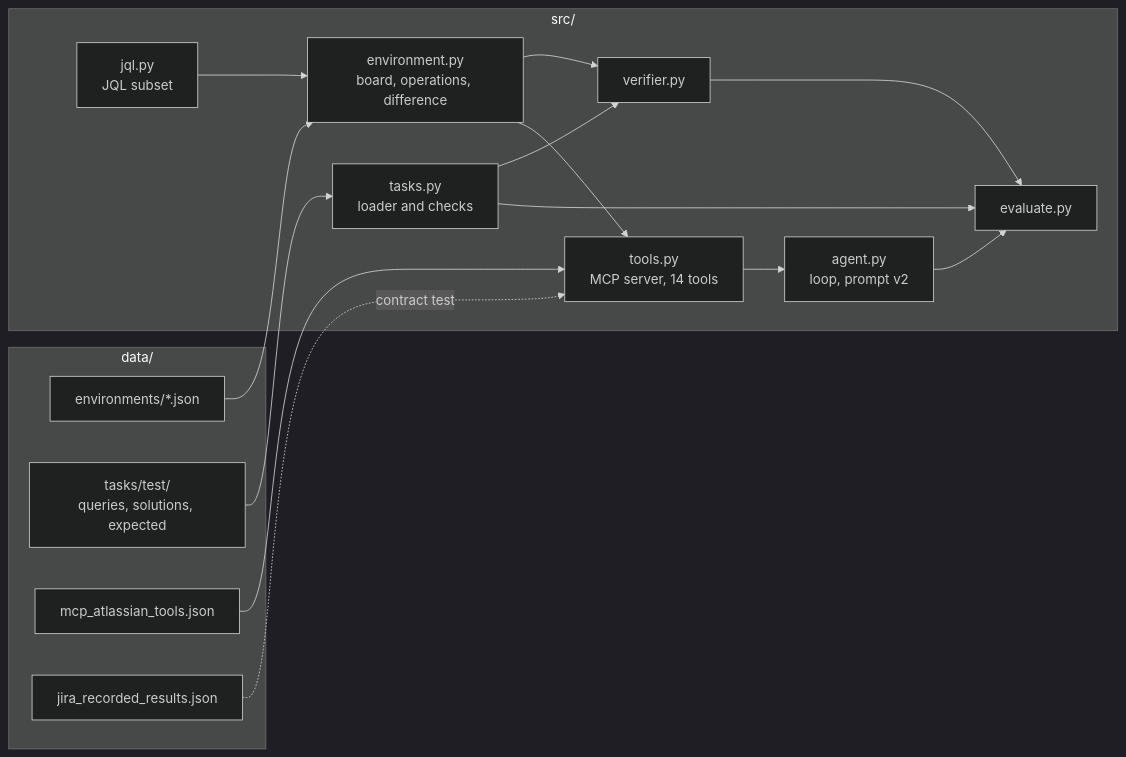
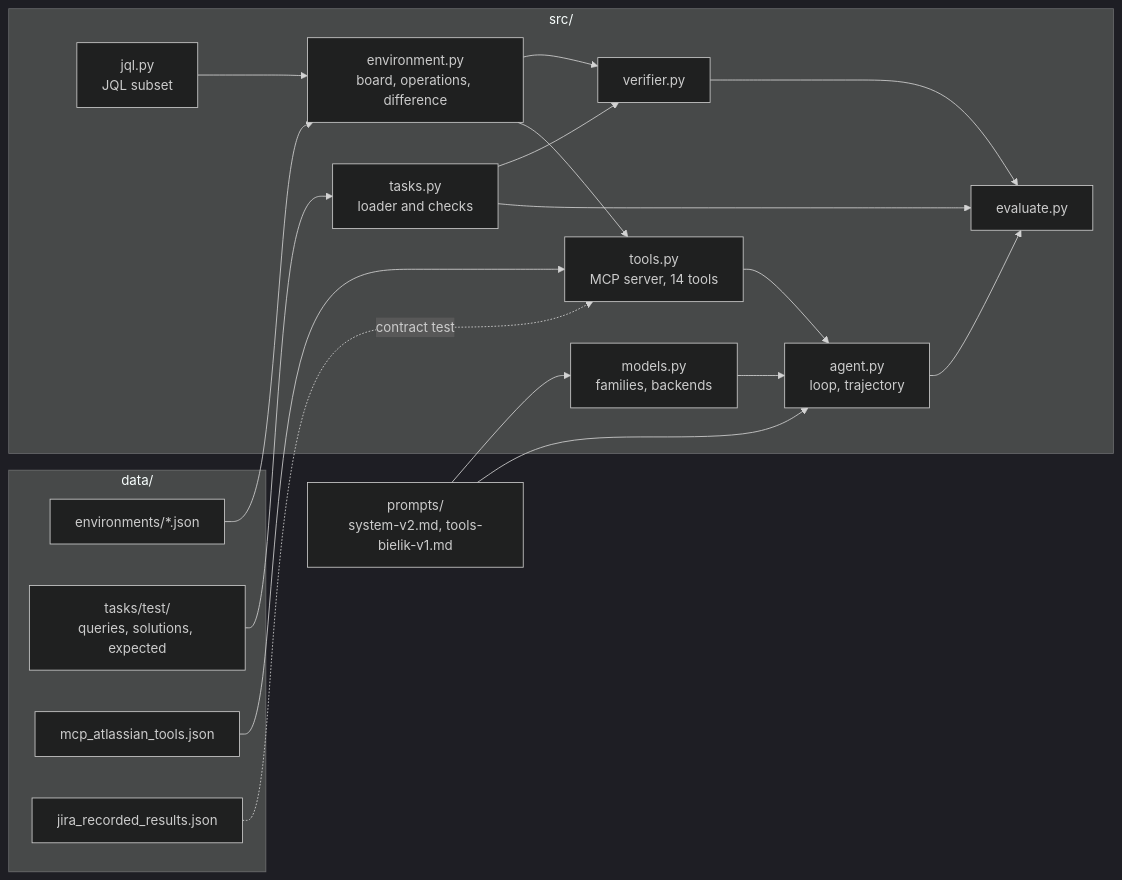
Before and after one commit to FilipLangiewicz/RLTrainedMCPAgent: the first of 4 diagrams in openspec/changes/e1-jira-tasks/design.md, drawn with Mermaid (dark theme). The commit also changed other lines of this file and 5 other files, not shown here.

````diff
--- a/openspec/changes/e1-jira-tasks/design.md
+++ b/openspec/changes/e1-jira-tasks/design.md
@@ -28,30 +31,35 @@
 ```mermaid
 flowchart LR
     subgraph data["data/"]
         BF["environments/*.json"]
         TF["tasks/test/<br/>queries, solutions, expected"]
         SC["mcp_atlassian_tools.json"]
         RR["jira_recorded_results.json"]
     end
     subgraph src["src/"]
         ENV["environment.py<br/>board, operations, difference"]
         JQL["jql.py<br/>JQL subset"]
         TOOLS["tools.py<br/>MCP server, 14 tools"]
         TASKS["tasks.py<br/>loader and checks"]
         VER["verifier.py"]
-        AG["agent.py<br/>loop, prompt v2"]
+        AG["agent.py<br/>loop, trajectory"]
+        MOD["models.py<br/>families, backends"]
         EV["evaluate.py"]
     end
+    PR["prompts/<br/>system-v2.md, tools-bielik-v1.md"]
+    PR --> AG
+    PR --> MOD
+    MOD --> AG
     BF --> ENV
     JQL --> ENV
     SC --> TOOLS
     ENV --> TOOLS
     TF --> TASKS
     TASKS --> EV
     TOOLS --> AG
     AG --> EV
     ENV --> VER
     TASKS --> VER
     VER --> EV
     RR -. contract test .-> TOOLS
 ```
````
